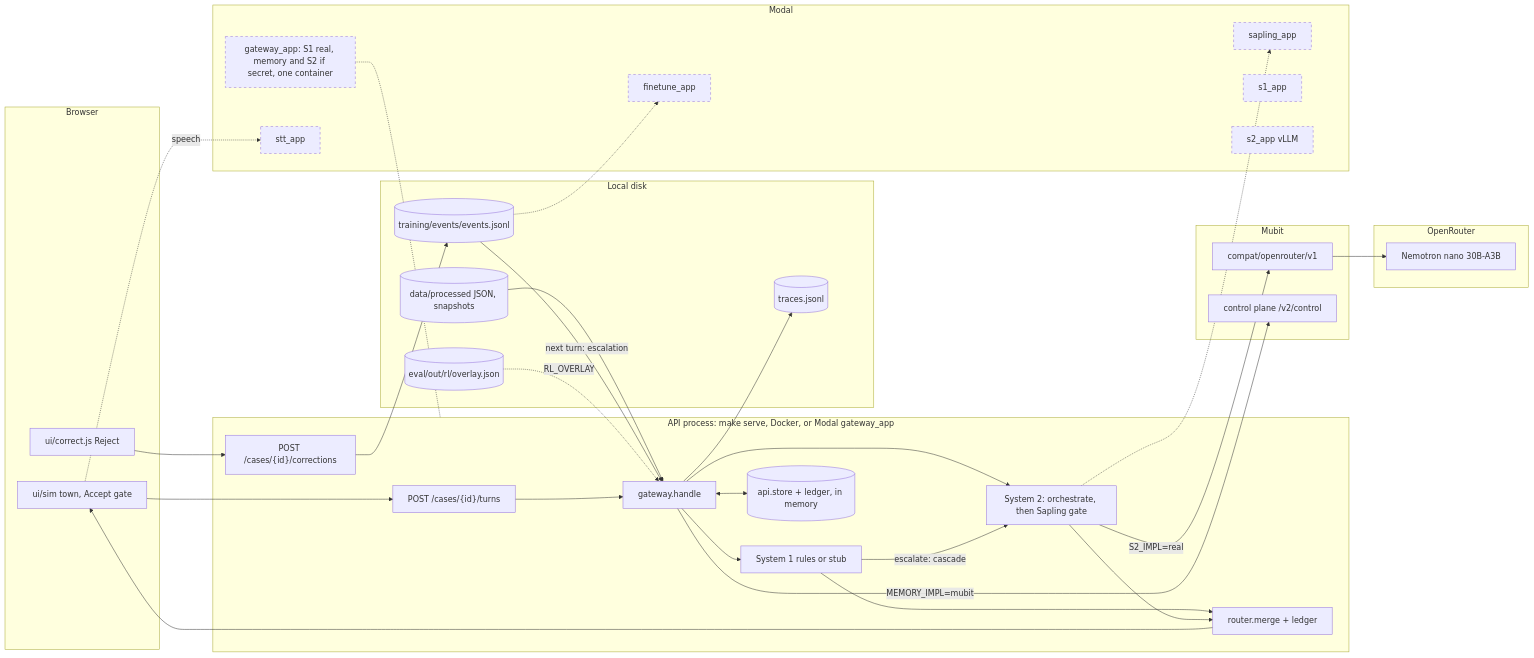
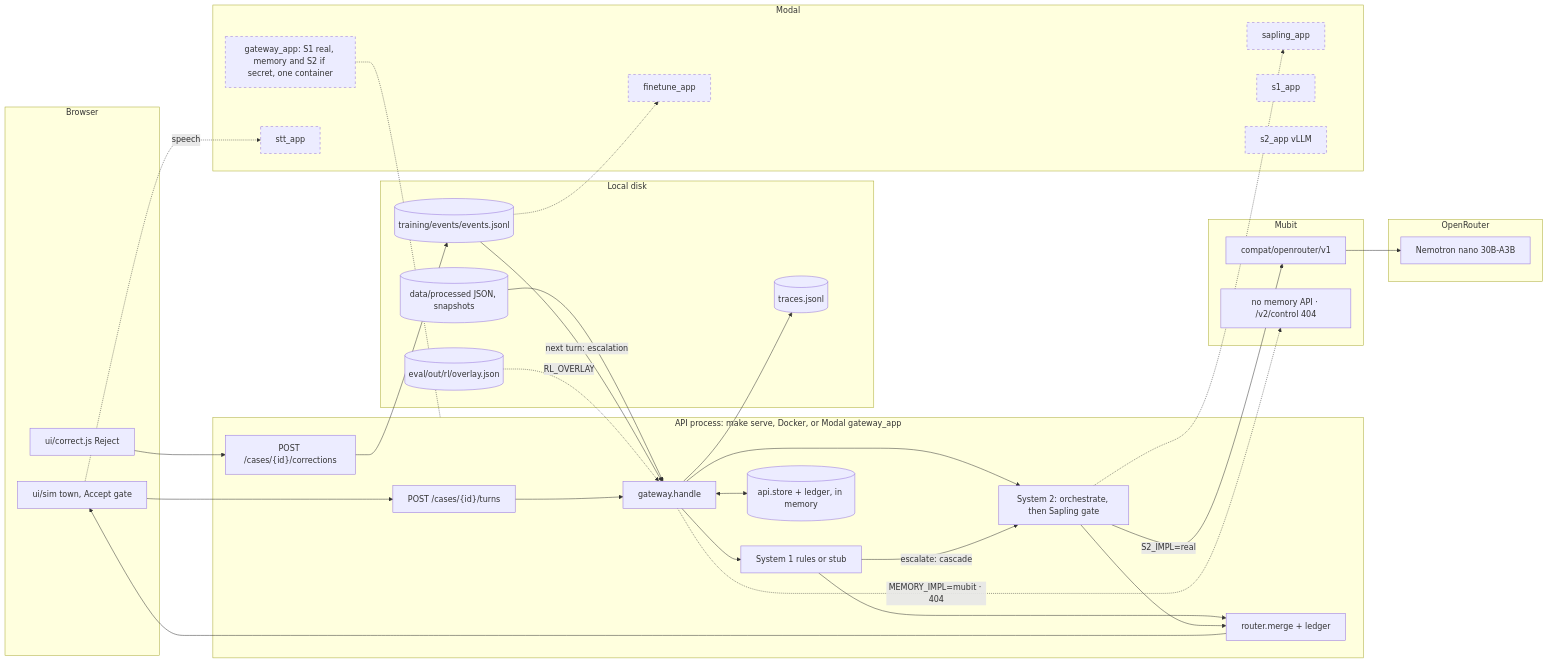
Before and after one commit to melaniepreen/Baan-Safe: the third of 3 diagrams in BaanSafe_Revised_Architecture.md, drawn with Mermaid. The commit also changed other lines of this file and 2 other files, not shown here.

Commit message:
docs: refresh architecture diagram (5f903d2)

````diff
--- a/BaanSafe_Revised_Architecture.md
+++ b/BaanSafe_Revised_Architecture.md
@@ -95,57 +95,57 @@
 ```mermaid
 flowchart LR
   classDef unwired stroke-dasharray: 5 5
   subgraph browser["Browser"]
     phone["ui/sim town, Accept gate"]
     correct["ui/correct.js Reject"]
   end
   subgraph api["API process: make serve, Docker, or Modal gateway_app"]
     turns["POST /cases/{id}/turns"]
     gw["gateway.handle"]
     s1["System 1 rules or stub"]
     s2["System 2: orchestrate, then Sapling gate"]
     router["router.merge + ledger"]
     corr["POST /cases/{id}/corrections"]
     store[("api.store + ledger, in memory")]
   end
   subgraph disk["Local disk"]
     events[("training/events/events.jsonl")]
     traces[("traces.jsonl")]
     snaps[("data/processed JSON, snapshots")]
     overlay[("eval/out/rl/overlay.json")]
   end
   subgraph mubit["Mubit"]
     compat["compat/openrouter/v1"]
-    mmem["control plane /v2/control"]
+    mmem["no memory API · /v2/control 404"]
   end
   subgraph orouter["OpenRouter"]
     nano["Nemotron nano 30B-A3B"]
   end
   subgraph modal["Modal"]
     gapp["gateway_app: S1 real, memory and S2 if secret, one container"]:::unwired
     sap["sapling_app"]:::unwired
     ft["finetune_app"]:::unwired
     stt["stt_app"]:::unwired
     s1app["s1_app"]:::unwired
     s2app["s2_app vLLM"]:::unwired
   end
   phone --> turns --> gw
   gw --> s1
   gw --> s2
   s1 -->|"escalate: cascade"| s2
   s2 -->|"S2_IMPL=real"| compat --> nano
   s1 --> router
   s2 --> router
   router --> phone
   gw <--> store
   gw --> traces
   snaps --> gw
   correct --> corr --> events
   events -->|"next turn: escalation"| gw
   overlay -.->|"RL_OVERLAY"| gw
-  gw -->|"MEMORY_IMPL=mubit"| mmem
+  gw -.->|"MEMORY_IMPL=mubit · 404"| mmem
   s2 -.-> sap
   events -.-> ft
   phone -.->|"speech"| stt
   gapp -.- api
 ```
````
